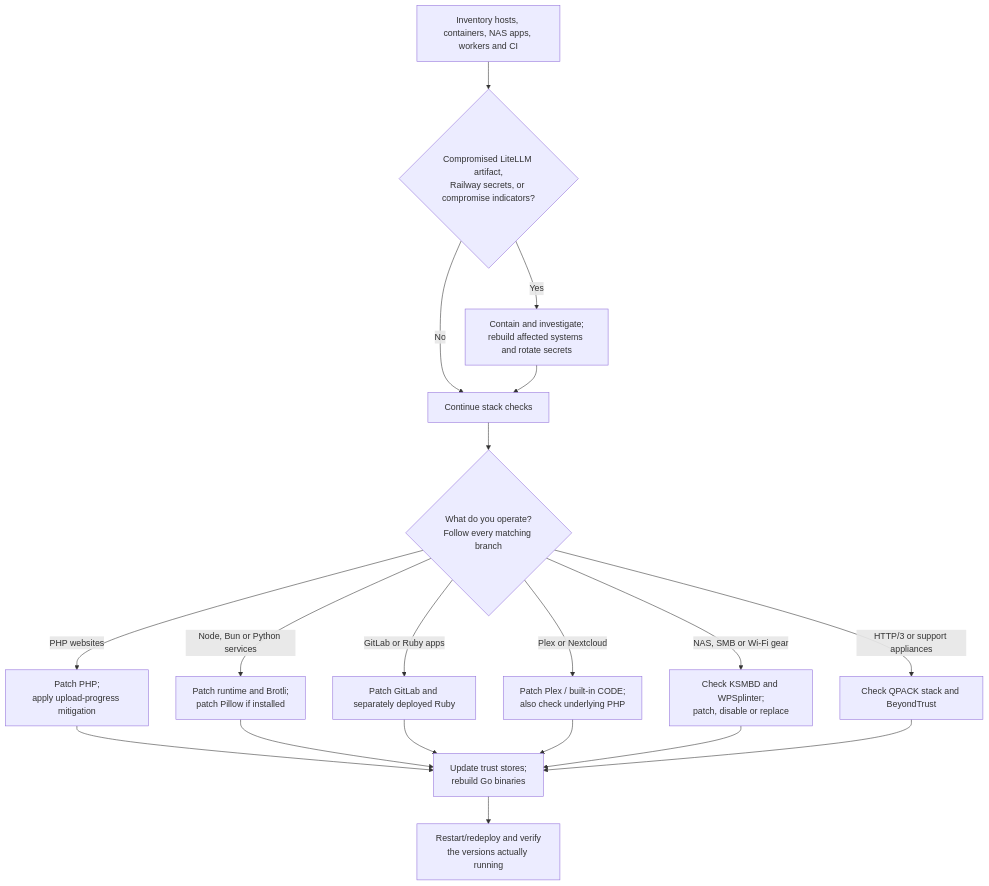
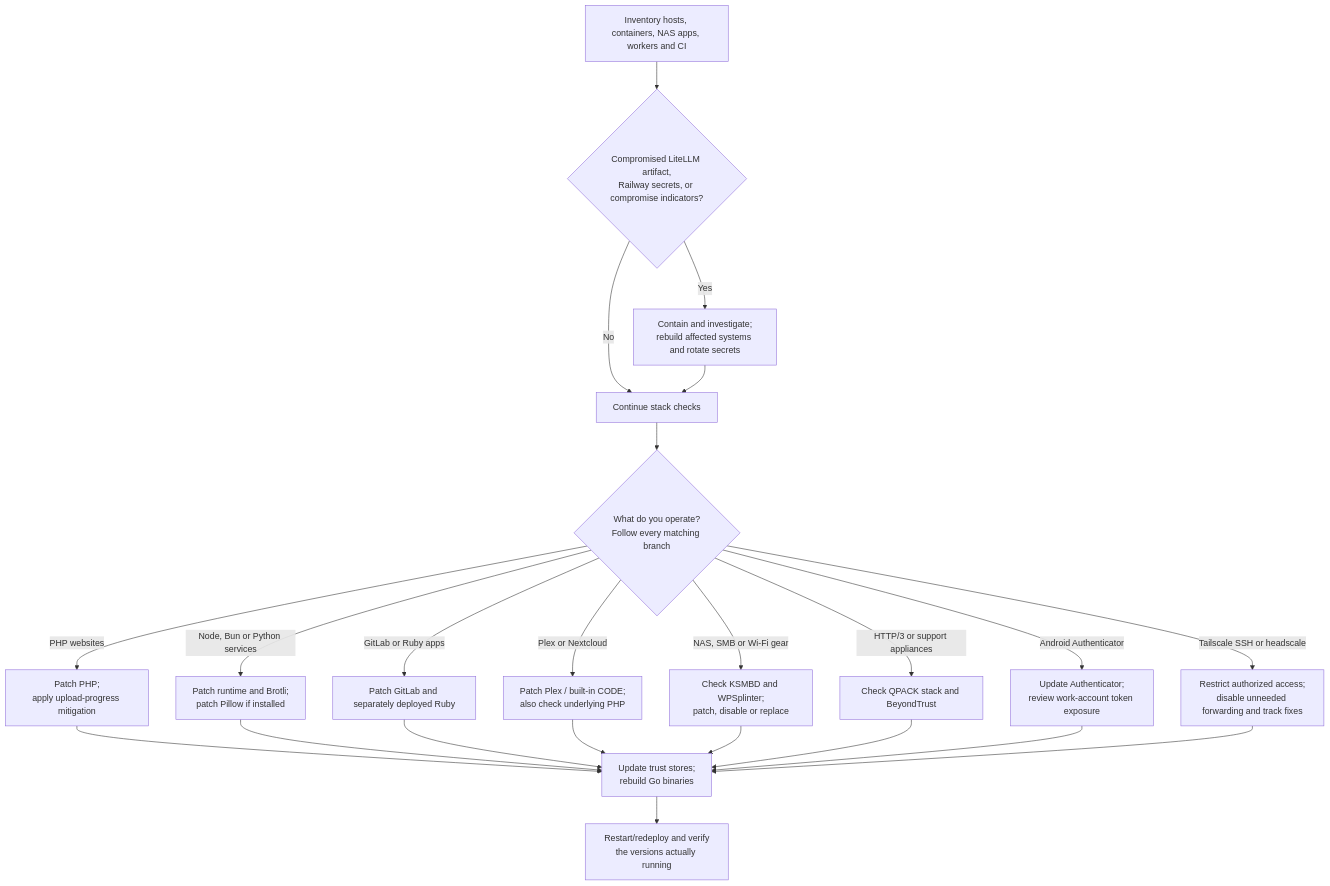
The diagram in black-october/black-october-2026.md (justinfiore/security-research), drawn with Mermaid before and after one commit. The commit also changed other lines of this file and 4 other files, not shown here.

````diff
--- a/black-october/black-october-2026.md
+++ b/black-october/black-october-2026.md
@@ -625,23 +686,27 @@
 ```mermaid
 flowchart TD
     A["Inventory hosts, containers, NAS apps, workers and CI"] --> B{"Compromised LiteLLM artifact,<br/>Railway secrets, or compromise indicators?"}
     B -->|Yes| C["Contain and investigate;<br/>rebuild affected systems and rotate secrets"]
     B -->|No| D["Continue stack checks"]
     C --> D
 
     D --> E{"What do you operate?<br/>Follow every matching branch"}
     E -->|PHP websites| F["Patch PHP;<br/>apply upload-progress mitigation"]
     E -->|Node, Bun or Python services| G["Patch runtime and Brotli;<br/>patch Pillow if installed"]
     E -->|GitLab or Ruby apps| H["Patch GitLab and separately deployed Ruby"]
     E -->|Plex or Nextcloud| I["Patch Plex / built-in CODE;<br/>also check underlying PHP"]
     E -->|NAS, SMB or Wi-Fi gear| J["Check KSMBD and WPSplinter;<br/>patch, disable or replace"]
     E -->|HTTP/3 or support appliances| K["Check QPACK stack and BeyondTrust"]
+    E -->|Android Authenticator| N["Update Authenticator;<br/>review work-account token exposure"]
+    E -->|Tailscale SSH or headscale| O["Restrict authorized access;<br/>disable unneeded forwarding and track fixes"]
 
     F --> L["Update trust stores;<br/>rebuild Go binaries"]
     G --> L
     H --> L
     I --> L
     J --> L
     K --> L
+    N --> L
+    O --> L
     L --> M["Restart/redeploy and verify<br/>the versions actually running"]
 ```
````
